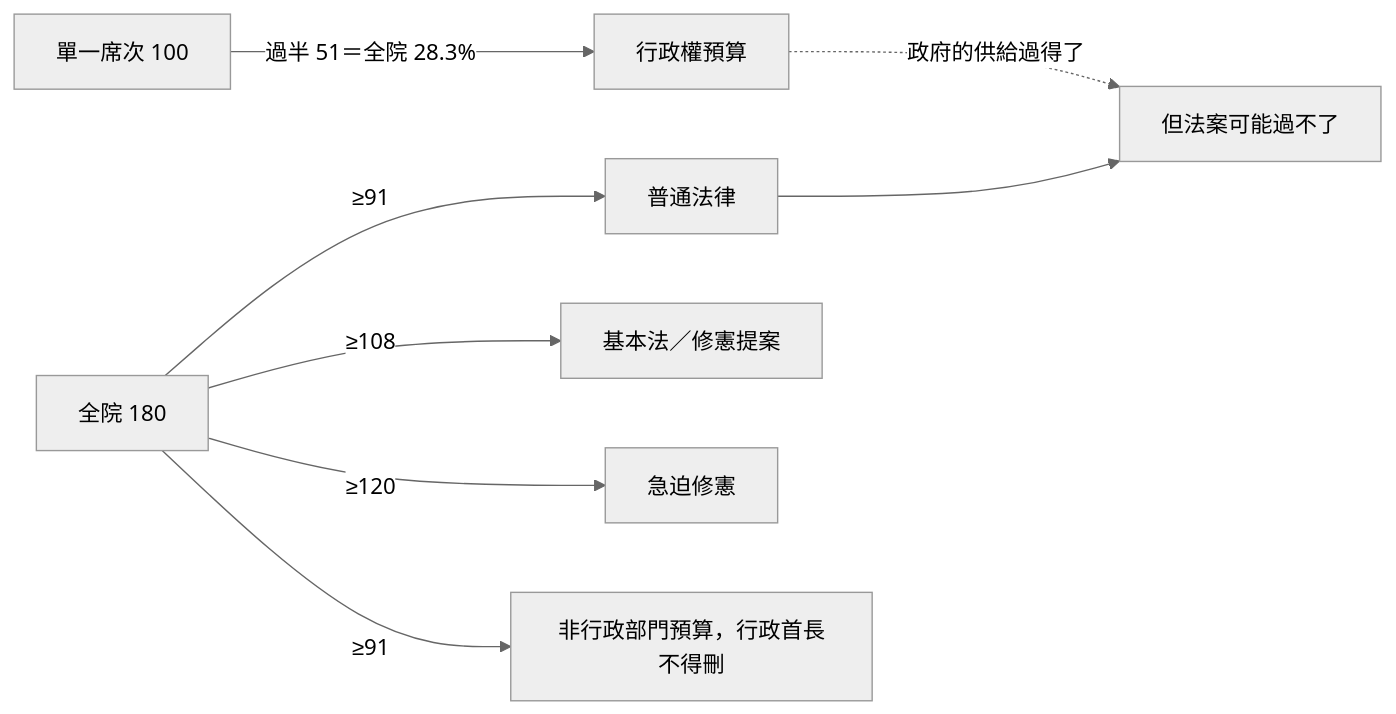
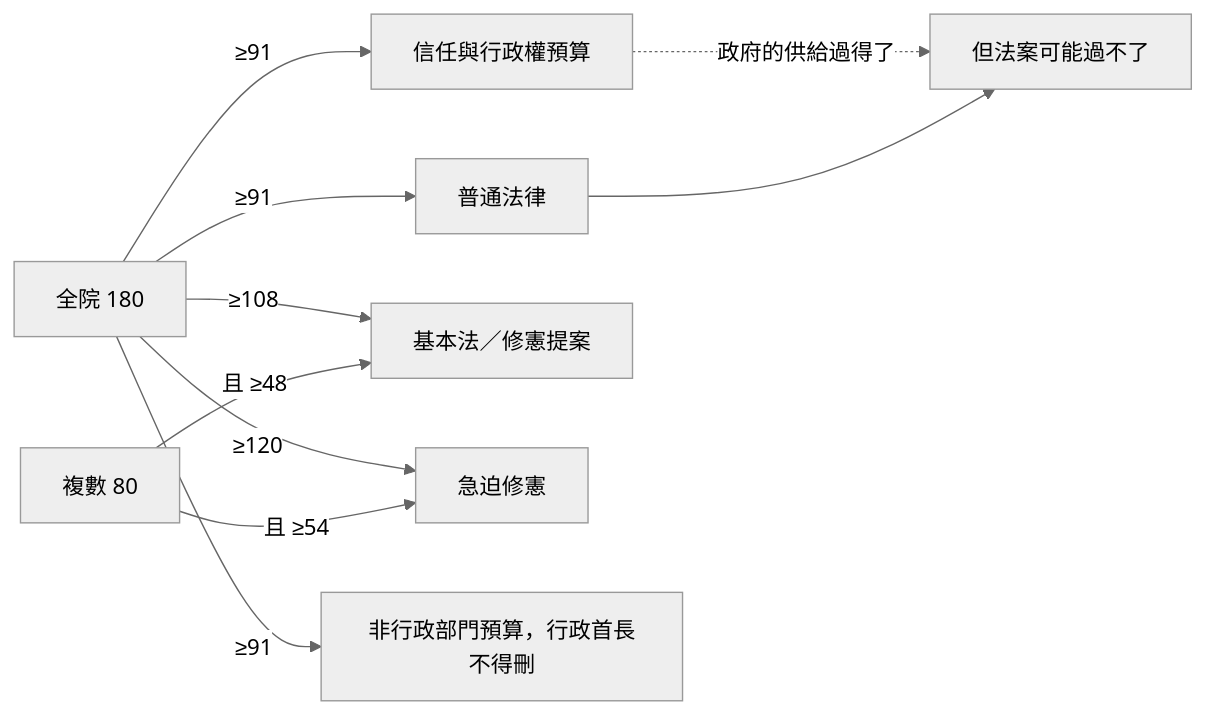
Before and after one commit to IRonROOT578/Political-Economy-Research-Public: the fifth of 12 diagrams in topics/regime-designs/designs/台灣/一院議會制/憲政架構圖.md, drawn with Mermaid (neutral theme). The commit also changed other lines of this file and 241 other files, not shown here.

````diff
--- a/topics/regime-designs/designs/台灣/一院議會制/憲政架構圖.md
+++ b/topics/regime-designs/designs/台灣/一院議會制/憲政架構圖.md
@@ -66,10 +66,12 @@
 ```mermaid
 flowchart LR
-  SMD[單一席次 100] -->|過半 51＝全院 28.3%| Money[行政權預算]
+  All[全院 180] -->|≥91| Money[信任與行政權預算]
   All[全院 180] -->|≥91| LawT[普通法律]
   All -->|≥108| Basic[基本法／修憲提案]
   All -->|≥120| Urgent[急迫修憲]
+  PR[複數 80] -->|且 ≥48| Basic
+  PR -->|且 ≥54| Urgent
   All -->|≥91| OthBud[非行政部門預算，行政首長不得刪]
   Money -.->|政府的供給過得了| Note[但法案可能過不了]
   LawT --> Note
 ```
````
